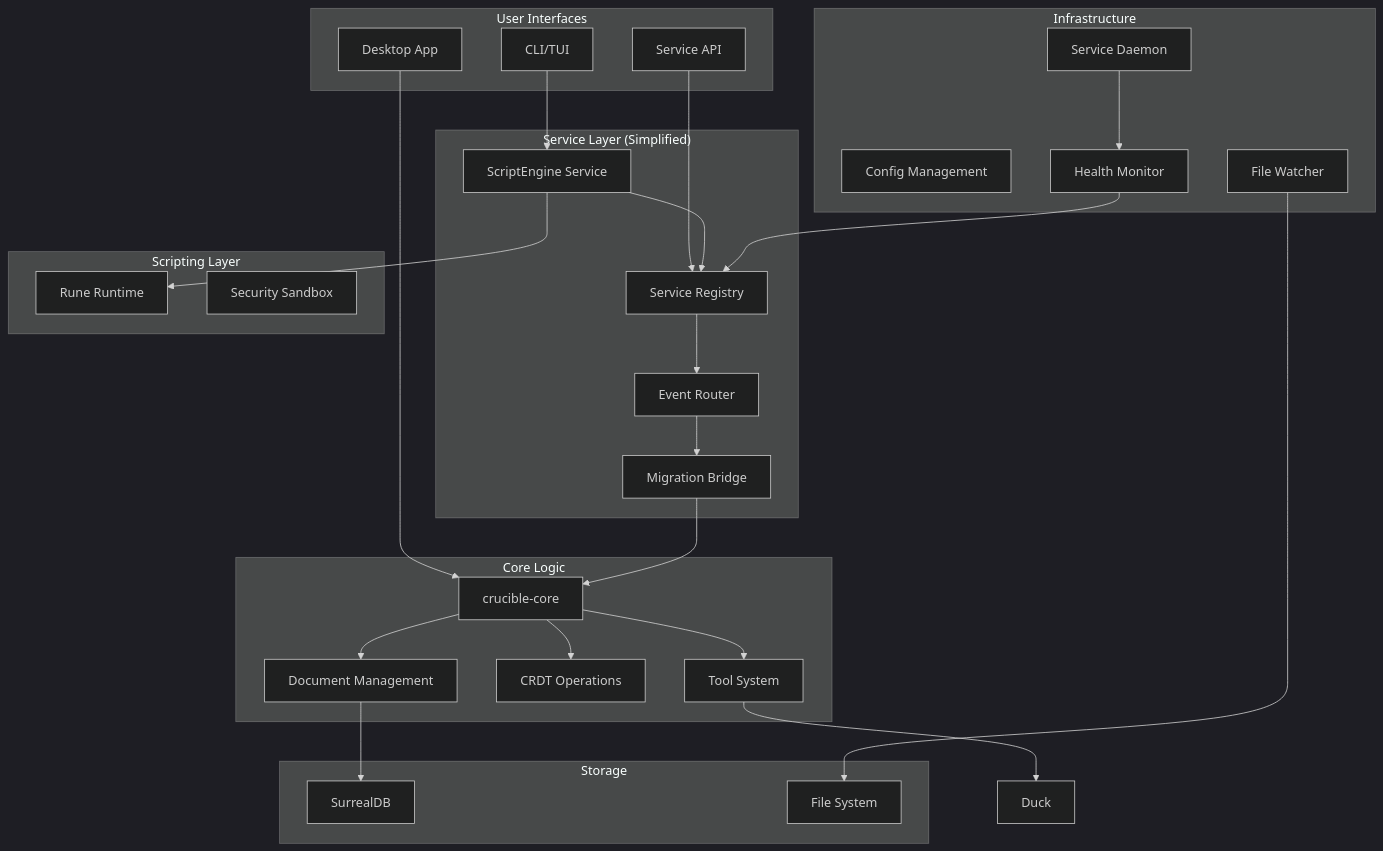
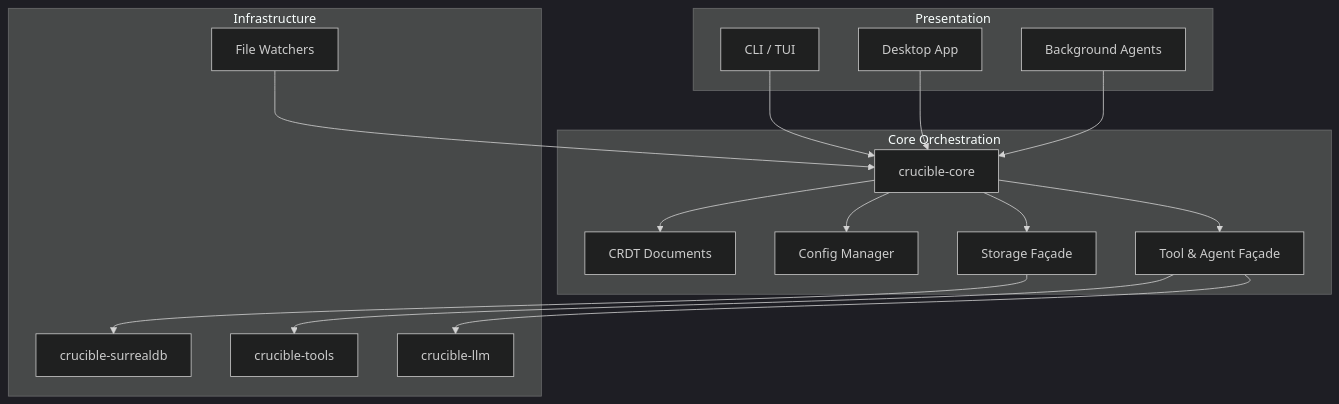
One commit to Mootikins/crucible changed the diagram in docs/ARCHITECTURE.md. Above: the diagram before and after it, drawn with Mermaid (dark theme). The commit also changed other lines of this file and 4 other files, not shown here.

Commit message:
docs: align architecture docs with core orchestration vision

````diff
--- a/docs/ARCHITECTURE.md
+++ b/docs/ARCHITECTURE.md
@@ -13,60 +7,37 @@
 ```mermaid
-graph TB
-    subgraph "User Interfaces"
-        CLI[CLI/TUI]
+graph TD
+    subgraph "Presentation"
+        CLI[CLI / TUI]
         Desktop[Desktop App]
-        ServiceAPI[Service API]
+        Agents[Background Agents]
     end
 
-    subgraph "Service Layer (Simplified)"
-        ScriptEngine[ScriptEngine Service]
-        ServiceRegistry[Service Registry]
-        EventRouter[Event Router]
-        MigrationBridge[Migration Bridge]
-    end
-
-    subgraph "Core Logic"
+    subgraph "Core Orchestration"
         Core[crucible-core]
-        Docs[Document Management]
-        CRDT[CRDT Operations]
-        Tools[Tool System]
+        Docs[CRDT Documents]
+        Config[Config Manager]
+        ToolAPI[Tool & Agent Façade]
+        StorageAPI[Storage Façade]
     end
 
     subgraph "Infrastructure"
-        Config[Config Management]
-        Watch[File Watcher]
-        Daemon[Service Daemon]
-        Health[Health Monitor]
+        Surreal[crucible-surrealdb]
+        Tools[crucible-tools]
+        LLMs[crucible-llm]
+        Watcher[File Watchers]
     end
 
-    subgraph "Storage"
-        Surreal[SurrealDB]
-        Files[File System]
-    end
+    CLI --> Core
+    Desktop --> Core
+    Agents --> Core
 
-    subgraph "Scripting Layer"
-        Rune[Rune Runtime]
-        Security[Security Sandbox]
-    end
+    Core --> Docs
+    Core --> Config
+    Core --> ToolAPI
+    Core --> StorageAPI
 
-    CLI --> ScriptEngine
-    Desktop --> Core
-    ServiceAPI --> ServiceRegistry
-
-    ScriptEngine --> ServiceRegistry
-    ServiceRegistry --> EventRouter
-    EventRouter --> MigrationBridge
-
-    ScriptEngine --> Rune
-    MigrationBridge --> Core
-    Core --> Docs
-    Core --> CRDT
-    Core --> Tools
-
-    Docs --> Surreal
-    Tools --> Duck
-    Watch --> Files
-
-    Daemon --> Health
-    Health --> ServiceRegistry
+    ToolAPI --> Tools
+    ToolAPI --> LLMs
+    StorageAPI --> Surreal
+    Watcher --> Core
 ```
````
